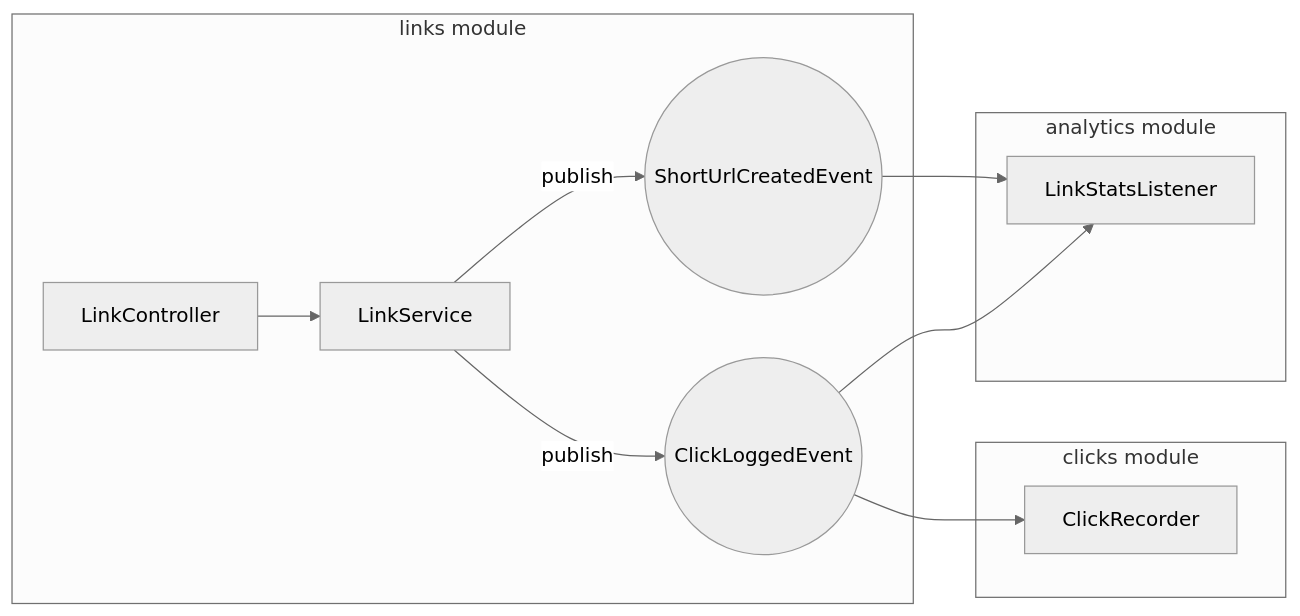
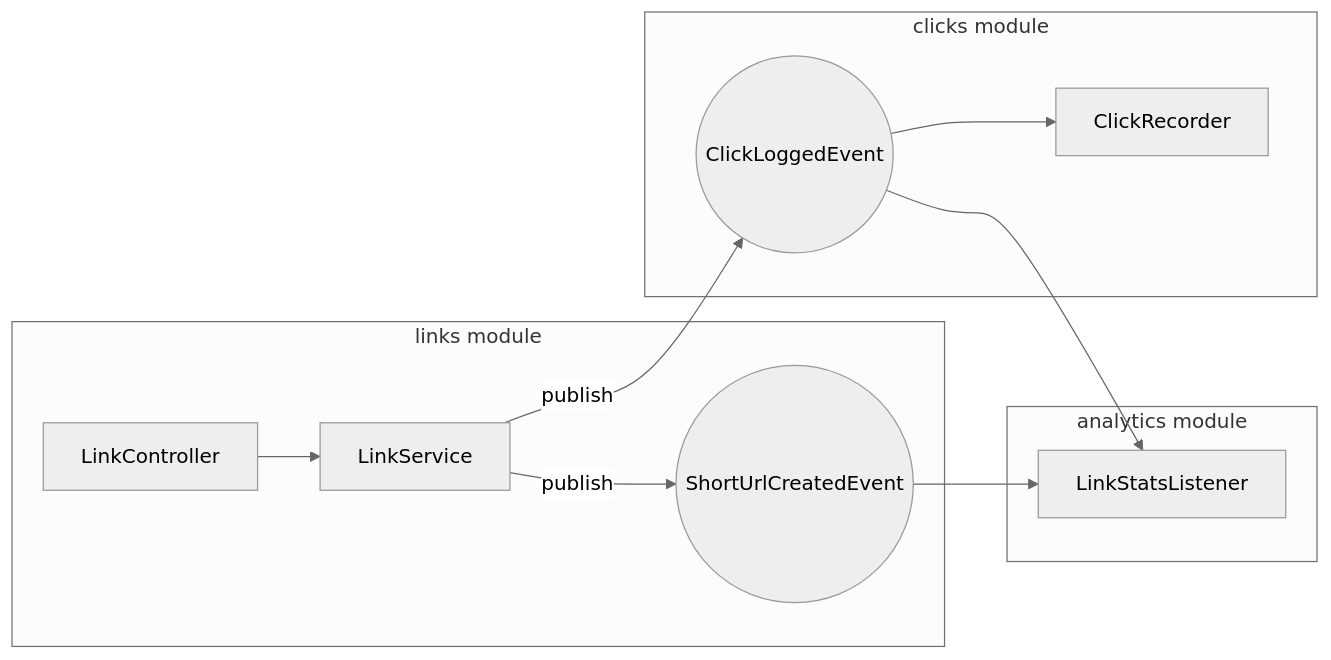
Before and after one commit to UNIZAR-30246-WebEngineering/urlshortener: the diagram in README.md, drawn with Mermaid (neutral theme). The commit also changed other lines of this file and 6 other files, not shown here.

````diff
--- a/README.md
+++ b/README.md
@@ -93,15 +93,15 @@
 ```mermaid
 flowchart LR
   subgraph links [links module]
     LC[LinkController] --> LS[LinkService]
     LS -->|publish| SUC((ShortUrlCreatedEvent))
-    LS -->|publish| CL((ClickLoggedEvent))
   end
   subgraph clicks [clicks module]
-    CL --> CR[ClickRecorder]
+    CL((ClickLoggedEvent)) --> CR[ClickRecorder]
   end
   subgraph analytics [analytics module]
     SUC --> LSL[LinkStatsListener]
     CL --> LSL
   end
+  LS -->|publish| CL
 ```
````
